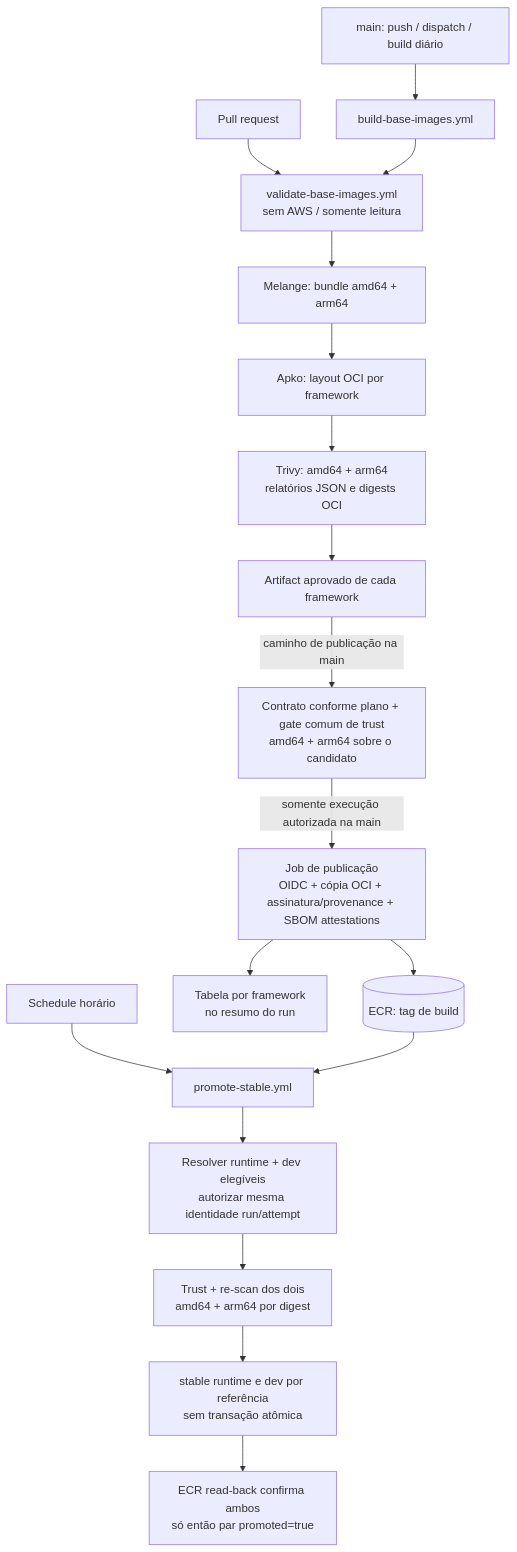
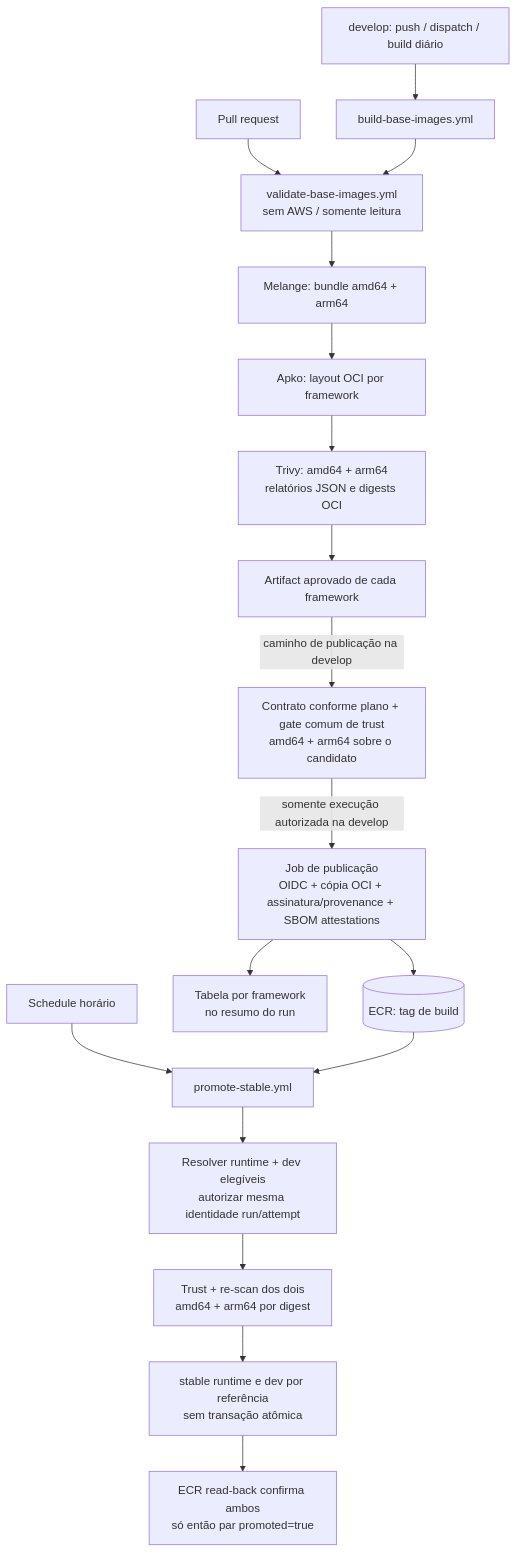
One commit to alric-corp/alric-containers-image-base changed the second of 2 diagrams in README.md. Above: the diagram before and after it, drawn with Mermaid. The commit also changed other lines of this file and 49 other files, not shown here.

Commit message:
Migrate Factory DEV execution from main to develop

````diff
--- a/README.md
+++ b/README.md
@@ -288,20 +294,20 @@
 ```mermaid
 flowchart TD
     PR["Pull request"] --> V["validate-base-images.yml<br/>sem AWS / somente leitura"]
-    MAIN["main: push / dispatch / build diário"] --> B["build-base-images.yml"]
+    DEV["develop: push / dispatch / build diário"] --> B["build-base-images.yml"]
     B --> V
     V --> M["Melange: bundle amd64 + arm64"]
     M --> A["Apko: layout OCI por framework"]
     A --> S["Trivy: amd64 + arm64<br/>relatórios JSON e digests OCI"]
     S --> G["Artifact aprovado de cada framework"]
-    G -->|"caminho de publicação na main"| F["Contrato conforme plano + gate comum de trust<br/>amd64 + arm64 sobre o candidato"]
-    F -->|"somente execução autorizada na main"| PUB["Job de publicação<br/>OIDC + cópia OCI + assinatura/provenance + SBOM attestations"]
+    G -->|"caminho de publicação na develop"| F["Contrato conforme plano + gate comum de trust<br/>amd64 + arm64 sobre o candidato"]
+    F -->|"somente execução autorizada na develop"| PUB["Job de publicação<br/>OIDC + cópia OCI + assinatura/provenance + SBOM attestations"]
     PUB --> ECR[("ECR: tag de build")]
     PUB --> T["Tabela por framework<br/>no resumo do run"]
     H["Schedule horário"] --> P["promote-stable.yml"]
     ECR --> P
     P --> PAIR["Resolver runtime + dev elegíveis<br/>autorizar mesma identidade run/attempt"]
     PAIR --> SOAK["Trust + re-scan dos dois<br/>amd64 + arm64 por digest"]
     SOAK --> WRITE["stable runtime e dev por referência<br/>sem transação atômica"]
     WRITE --> STABLE["ECR read-back confirma ambos<br/>só então par promoted=true"]
 ```
````
